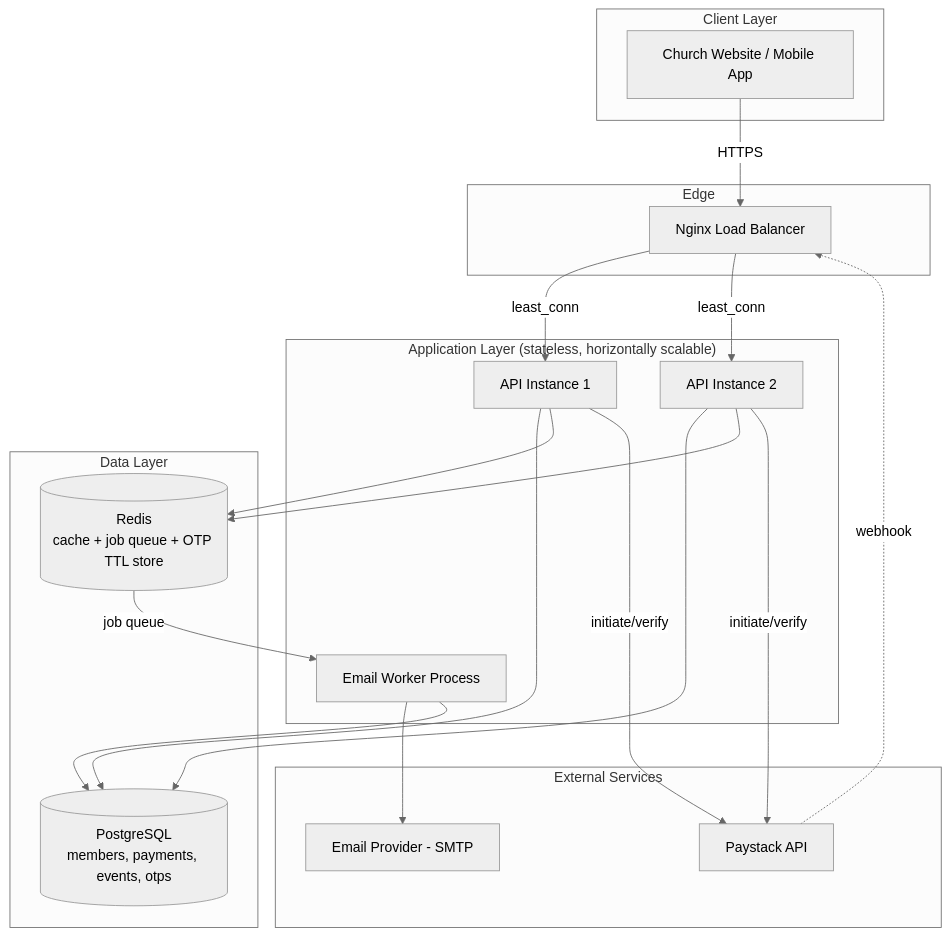
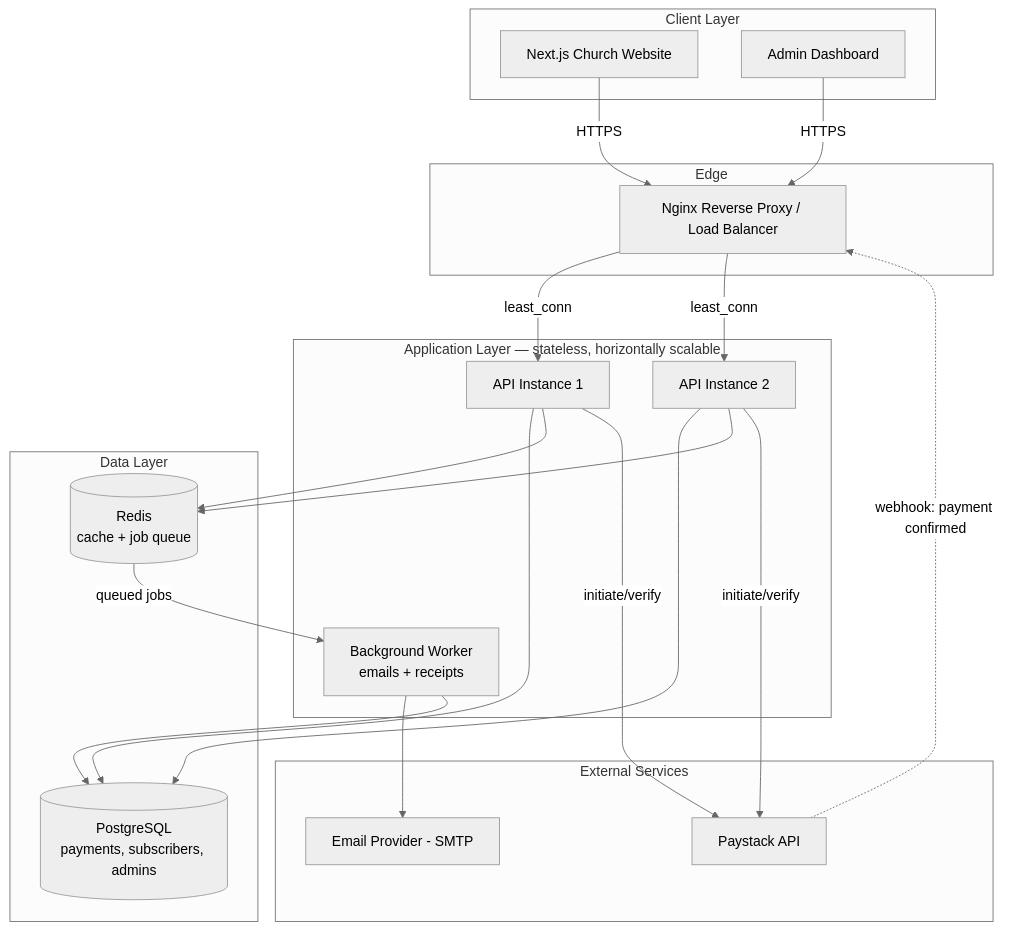
The diagram in README.md (TawiahObedCodeX/LBC-BACKEND), drawn with Mermaid (neutral theme) before and after one commit. The commit also changed other lines of this file, not shown here.

First line of the commit message:
Revise README for newsletter and payments service

````diff
--- a/README.md
+++ b/README.md
@@ -81,40 +117,42 @@
 ```mermaid
 flowchart TB
     subgraph Client["Client Layer"]
-        WEB[Church Website / Mobile App]
+        WEB[Next.js Church Website]
+        ADMIN[Admin Dashboard]
     end
 
     subgraph Edge["Edge"]
-        LB[Nginx Load Balancer]
+        LB[Nginx Reverse Proxy / Load Balancer]
     end
 
-    subgraph App["Application Layer (stateless, horizontally scalable)"]
+    subgraph App["Application Layer — stateless, horizontally scalable"]
         API1[API Instance 1]
         API2[API Instance 2]
-        WORKER[Email Worker Process]
+        WORKER[Background Worker<br/>emails + receipts]
     end
 
     subgraph Data["Data Layer"]
-        PG[(PostgreSQL<br/>members, payments, events, otps)]
-        REDIS[(Redis<br/>cache + job queue + OTP TTL store)]
+        PG[(PostgreSQL<br/>payments, subscribers, admins)]
+        REDIS[(Redis<br/>cache + job queue)]
     end
 
     subgraph External["External Services"]
         PAYSTACK[Paystack API]
         SMTP[Email Provider - SMTP]
     end
 
     WEB -->|HTTPS| LB
+    ADMIN -->|HTTPS| LB
     LB -->|least_conn| API1
     LB -->|least_conn| API2
     API1 --> PG
     API2 --> PG
     API1 --> REDIS
     API2 --> REDIS
     API1 -->|initiate/verify| PAYSTACK
     API2 -->|initiate/verify| PAYSTACK
-    PAYSTACK -.->|webhook| LB
-    REDIS -->|job queue| WORKER
+    PAYSTACK -.->|webhook: payment confirmed| LB
+    REDIS -->|queued jobs| WORKER
     WORKER --> SMTP
     WORKER --> PG
 ```
````
